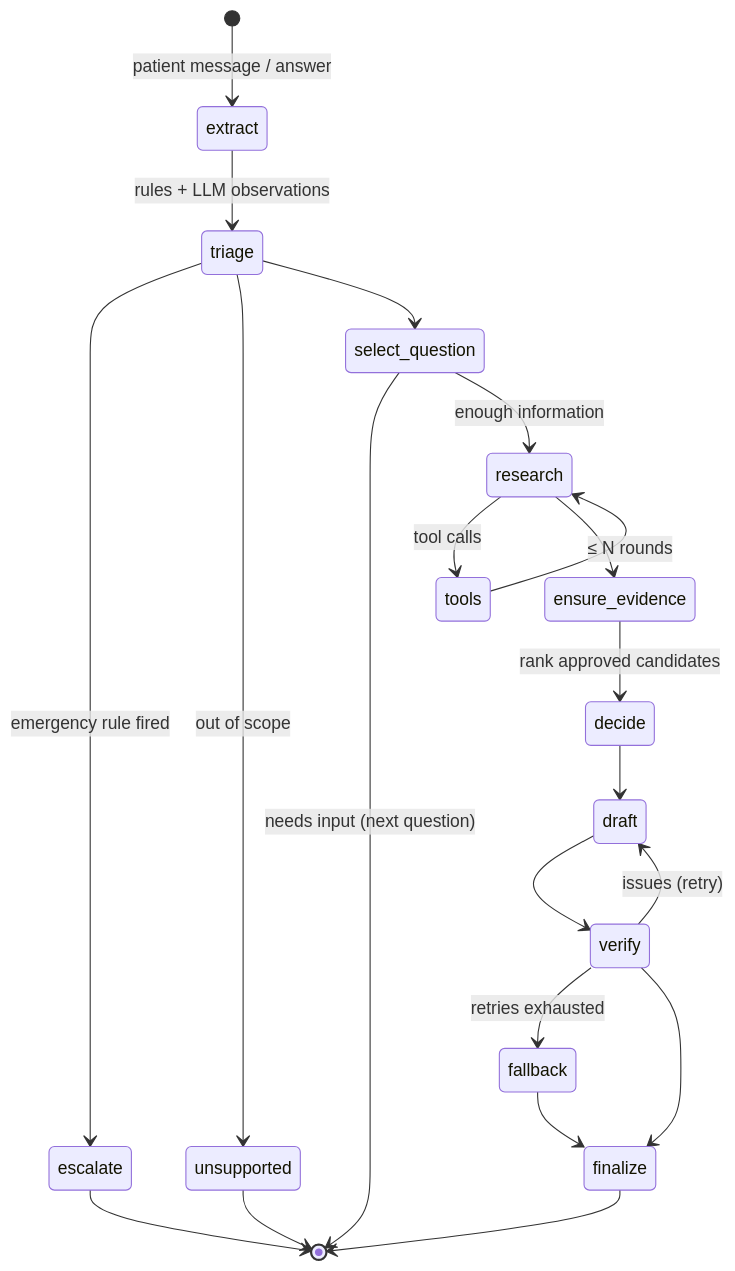
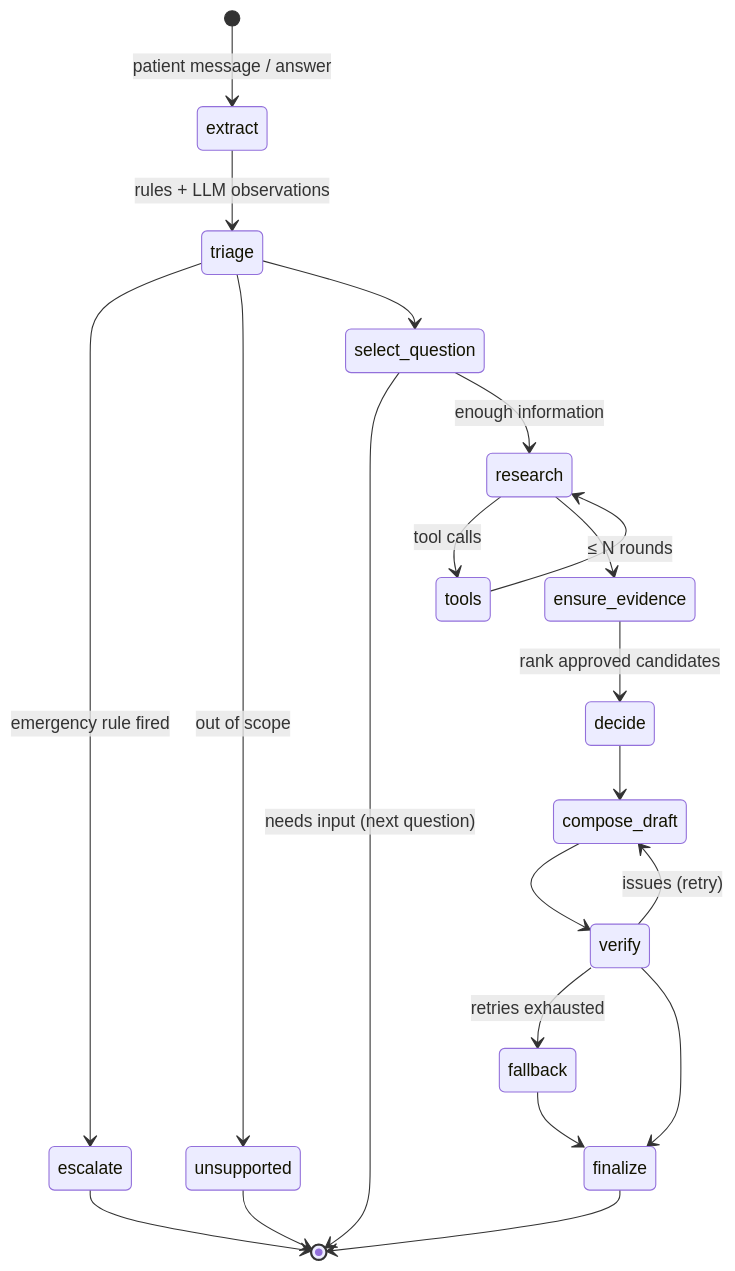
The second of 2 diagrams in README.md (Spydero/nora), drawn with Mermaid before and after one commit. The commit also changed 13 other files, not shown here.

````diff
--- a/README.md
+++ b/README.md
@@ -73,23 +73,23 @@
 ```mermaid
 stateDiagram-v2
   [*] --> extract: patient message / answer
   extract --> triage: rules + LLM observations
   triage --> escalate: emergency rule fired
   triage --> unsupported: out of scope
   triage --> select_question
   select_question --> [*]: needs input (next question)
   select_question --> research: enough information
   research --> tools: tool calls
   tools --> research: ≤ N rounds
   research --> ensure_evidence
   ensure_evidence --> decide: rank approved candidates
-  decide --> draft
-  draft --> verify
-  verify --> draft: issues (retry)
+  decide --> compose_draft
+  compose_draft --> verify
+  verify --> compose_draft: issues (retry)
   verify --> fallback: retries exhausted
   verify --> finalize
   fallback --> finalize
   escalate --> [*]
   unsupported --> [*]
   finalize --> [*]
 ```
````
